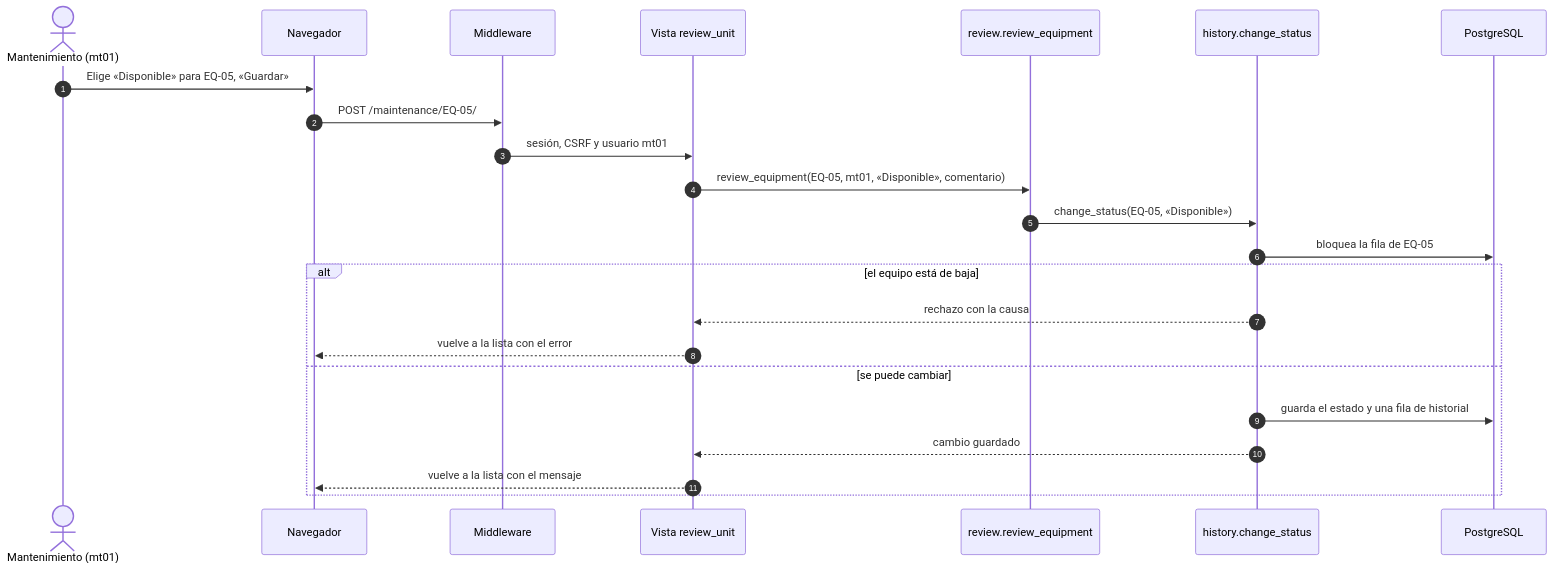
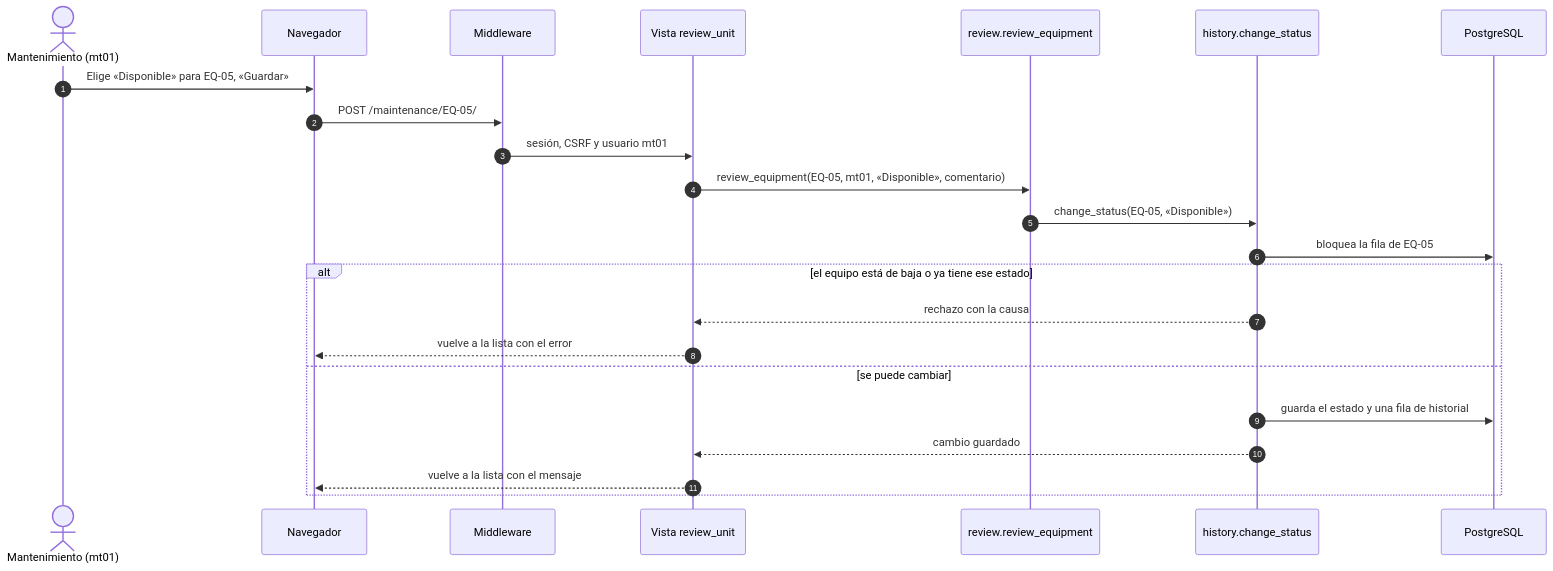
Before and after one commit to peterteranb/astra-rent-system: the fifth of 7 diagrams in docs/casos-de-uso.md, drawn with Mermaid. The commit also changed other lines of this file and 3 other files, not shown here.

````diff
--- a/docs/casos-de-uso.md
+++ b/docs/casos-de-uso.md
@@ -221,26 +221,26 @@
 ```mermaid
 sequenceDiagram
     autonumber
     actor T as Mantenimiento (mt01)
     participant N as Navegador
     participant M as Middleware
     participant V as Vista review_unit
     participant U as review.review_equipment
     participant H as history.change_status
     participant BD as PostgreSQL
 
     T->>N: Elige «Disponible» para EQ-05, «Guardar»
     N->>M: POST /maintenance/EQ-05/
     M->>V: sesión, CSRF y usuario mt01
     V->>U: review_equipment(EQ-05, mt01, «Disponible», comentario)
     U->>H: change_status(EQ-05, «Disponible»)
     H->>BD: bloquea la fila de EQ-05
-    alt el equipo está de baja
+    alt el equipo está de baja o ya tiene ese estado
         H-->>V: rechazo con la causa
         V-->>N: vuelve a la lista con el error
     else se puede cambiar
         H->>BD: guarda el estado y una fila de historial
         H-->>V: cambio guardado
         V-->>N: vuelve a la lista con el mensaje
     end
 ```
````
